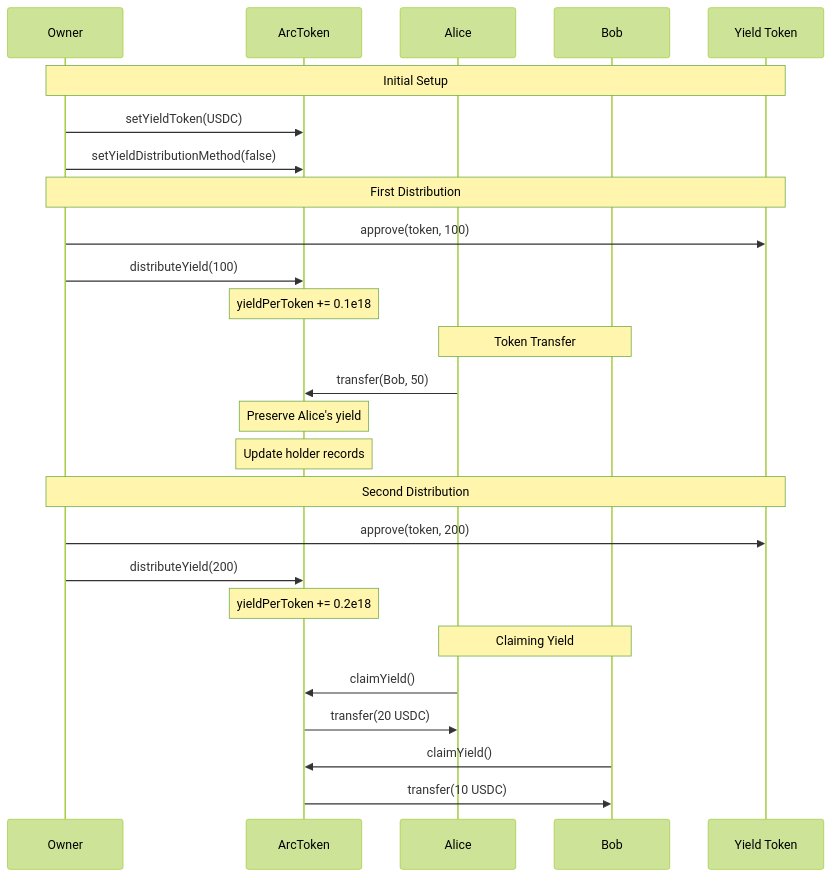
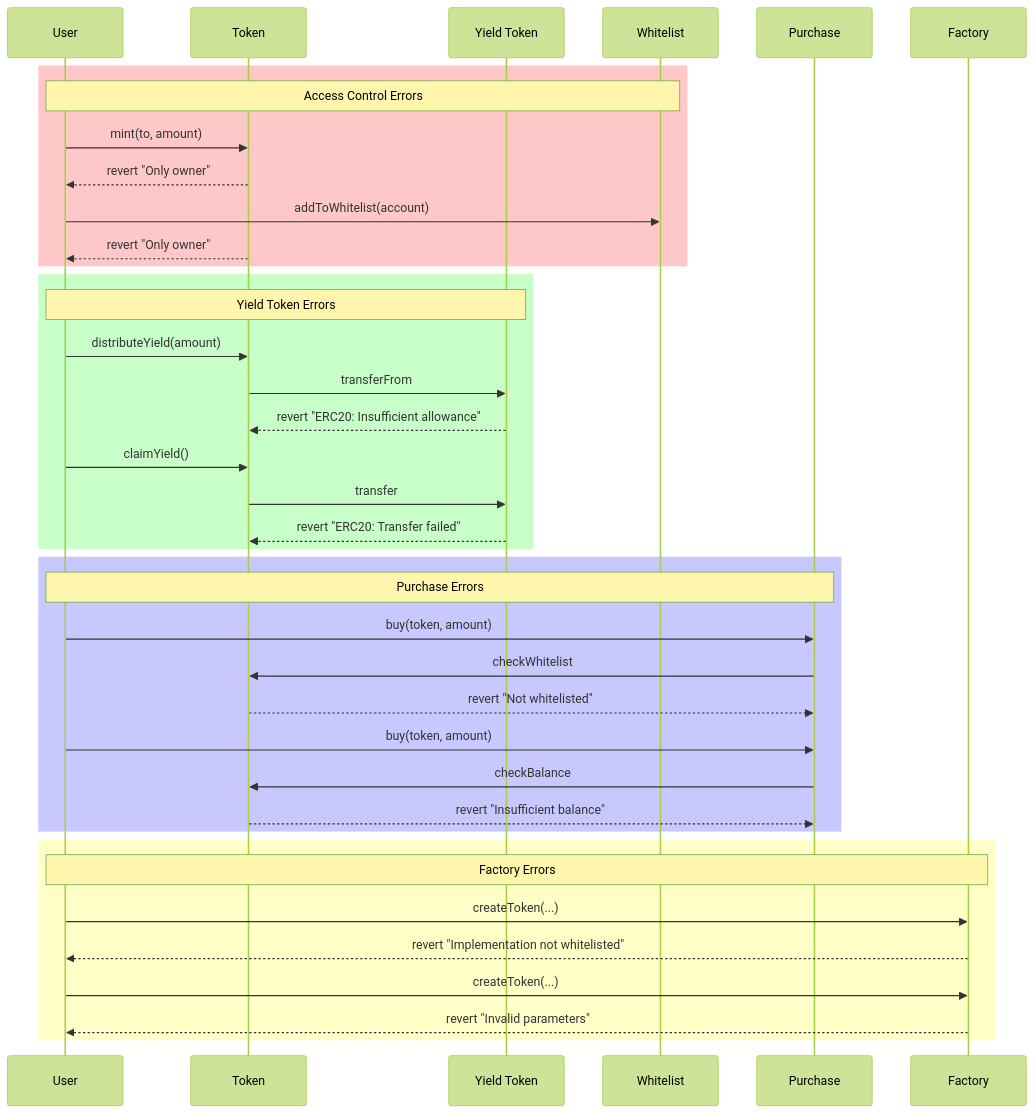
Before and after one commit to plumenetwork/contracts: the fifth of 8 diagrams in smart-wallets/README.md, drawn with Mermaid (forest theme). The commit also changed other lines of this file, not shown here.

Commit message:
add more diagrams

````diff
--- a/smart-wallets/README.md
+++ b/smart-wallets/README.md
@@ -363,33 +460,45 @@
 ```mermaid
 sequenceDiagram
-    participant O as Owner
-    participant T as ArcToken
-    participant A as Alice
-    participant B as Bob
+    participant U as User
+    participant T as Token
     participant Y as Yield Token
+    participant W as Whitelist
+    participant P as Purchase
+    participant F as Factory
 
-    Note over O,Y: Initial Setup
-    O->>T: setYieldToken(USDC)
-    O->>T: setYieldDistributionMethod(false)
+    rect rgb(255, 200, 200)
+        Note over U,W: Access Control Errors
+        U->>T: mint(to, amount)
+        T-->>U: revert "Only owner"
+        U->>W: addToWhitelist(account)
+        T-->>U: revert "Only owner"
+    end
 
-    Note over O,Y: First Distribution
-    O->>Y: approve(token, 100)
-    O->>T: distributeYield(100)
-    Note over T: yieldPerToken += 0.1e18
+    rect rgb(200, 255, 200)
+        Note over U,Y: Yield Token Errors
+        U->>T: distributeYield(amount)
+        T->>Y: transferFrom
+        Y-->>T: revert "ERC20: Insufficient allowance"
+        U->>T: claimYield()
+        T->>Y: transfer
+        Y-->>T: revert "ERC20: Transfer failed"
+    end
 
-    Note over A,B: Token Transfer
-    A->>T: transfer(Bob, 50)
-    Note over T: Preserve Alice's yield
-    Note over T: Update holder records
+    rect rgb(200, 200, 255)
+        Note over U,P: Purchase Errors
+        U->>P: buy(token, amount)
+        P->>T: checkWhitelist
+        T-->>P: revert "Not whitelisted"
+        U->>P: buy(token, amount)
+        P->>T: checkBalance
+        T-->>P: revert "Insufficient balance"
+    end
 
-    Note over O,Y: Second Distribution
-    O->>Y: approve(token, 200)
-    O->>T: distributeYield(200)
-    Note over T: yieldPerToken += 0.2e18
-
-    Note over A,B: Claiming Yield
-    A->>T: claimYield()
-    T->>A: transfer(20 USDC)
-    B->>T: claimYield()
-    T->>B: transfer(10 USDC)
+    rect rgb(255, 255, 200)
+        Note over U,F: Factory Errors
+        U->>F: createToken(...)
+        F-->>U: revert "Implementation not whitelisted"
+        U->>F: createToken(...)
+        F-->>U: revert "Invalid parameters"
+    end
 ```
````
